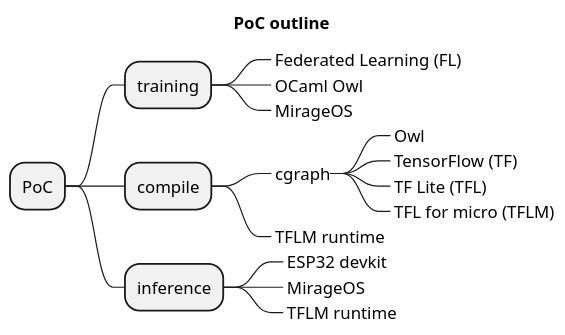
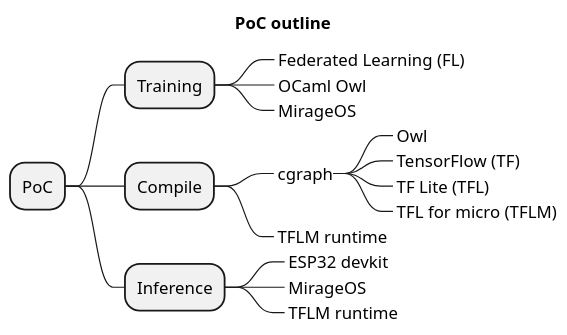
The diagram in demo-sq0.puml (doyu/elc2019), drawn with PlantUML before and after one commit. The commit also changed 1 other file, not shown here.

```diff
--- a/demo-sq0.puml
+++ b/demo-sq0.puml
@@ -1,20 +1,20 @@
 @startmindmap
 scale 1.2
 title PoC outline
 + PoC
-++ training
+++ Training
 +++_ Federated Learning (FL)
 +++_ OCaml Owl
 +++_ MirageOS
-++ compile
+++ Compile
 +++_ cgraph
 ++++_ Owl
 ++++_ TensorFlow (TF)
 ++++_ TF Lite (TFL)
 ++++_ TFL for micro (TFLM)
 +++_ TFLM runtime
-++ inference
+++ Inference
 +++_ ESP32 devkit
 +++_ MirageOS
 +++_ TFLM runtime
 @endmindmap
```
